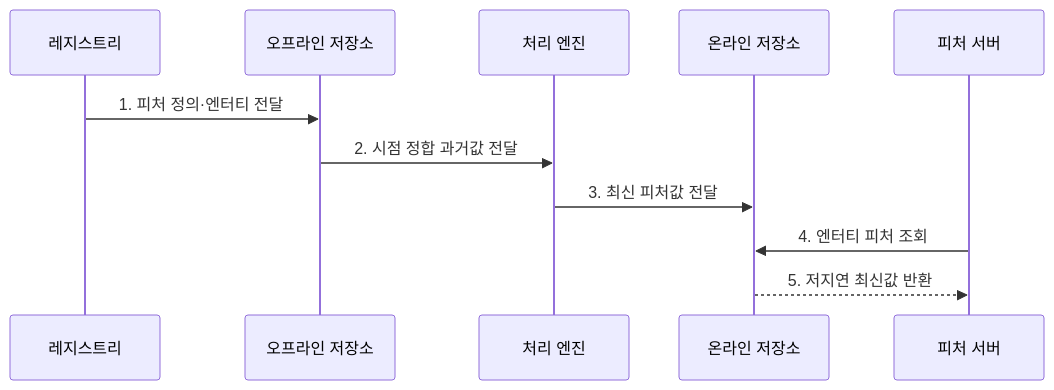
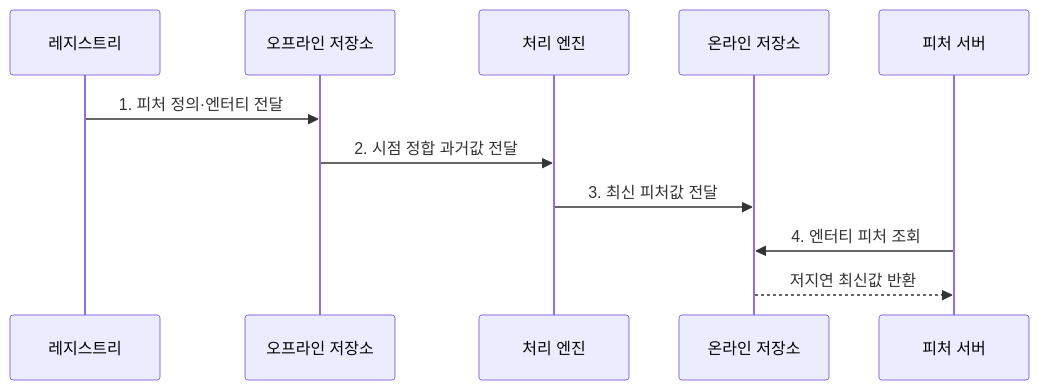
One commit to agnusdei1207/knowledge-base changed the second of 2 diagrams in src/content/docs/notes/08-latest-tech/132_feature_store.md. Above: the diagram before and after it, drawn with Mermaid. The commit also changed other lines of this file and 225 other files, not shown here.

````diff
--- a/src/content/docs/notes/08-latest-tech/132_feature_store.md
+++ b/src/content/docs/notes/08-latest-tech/132_feature_store.md
@@ -75,13 +75,13 @@
 ```mermaid
 sequenceDiagram
     participant R as 레지스트리
     participant O as 오프라인 저장소
     participant P as 처리 엔진
     participant N as 온라인 저장소
     participant S as 피처 서버
     R->>O: 1. 피처 정의·엔터티 전달
     O->>P: 2. 시점 정합 과거값 전달
     P->>N: 3. 최신 피처값 전달
     S->>N: 4. 엔터티 피처 조회
-    N-->>S: 5. 저지연 최신값 반환
+    N-->>S: 저지연 최신값 반환
 ```
````
